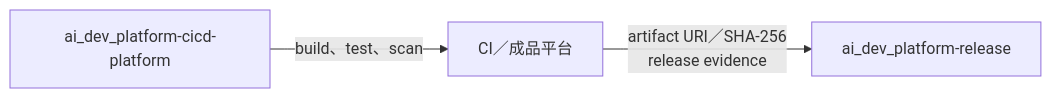
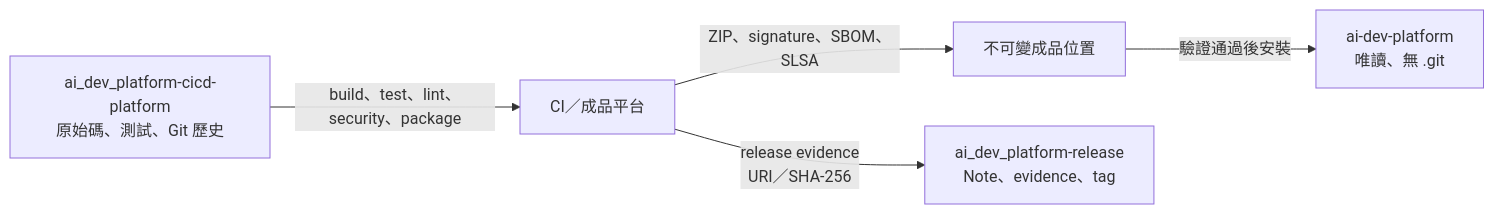
Before and after one commit to JiaChangGit/ai_dev_platform-release: the first of 2 diagrams in README.md, drawn with Mermaid. The commit also changed other lines of this file and 3 other files, not shown here.

````diff
--- a/README.md
+++ b/README.md
@@ -5,5 +14,7 @@
 ```mermaid
 flowchart LR
-    A["ai_dev_platform-cicd-platform"] -->|"build、test、scan"| B["CI／成品平台"]
-    B -->|"artifact URI／SHA-256<br/>release evidence"| C["ai_dev_platform-release"]
+    S["ai_dev_platform-cicd-platform<br/>原始碼、測試、Git 歷史"] -->|"build、test、lint、security、package"| C["CI／成品平台"]
+    C -->|"ZIP、signature、SBOM、SLSA"| A["不可變成品位置"]
+    C -->|"release evidence<br/>URI／SHA-256"| R["ai_dev_platform-release<br/>Note、evidence、tag"]
+    A -->|"驗證通過後安裝"| P["ai-dev-platform<br/>唯讀、無 .git"]
 ```
````
